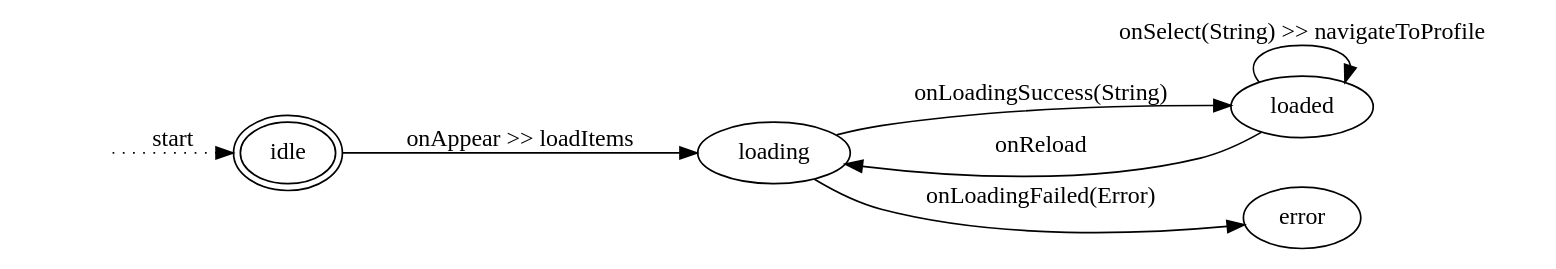
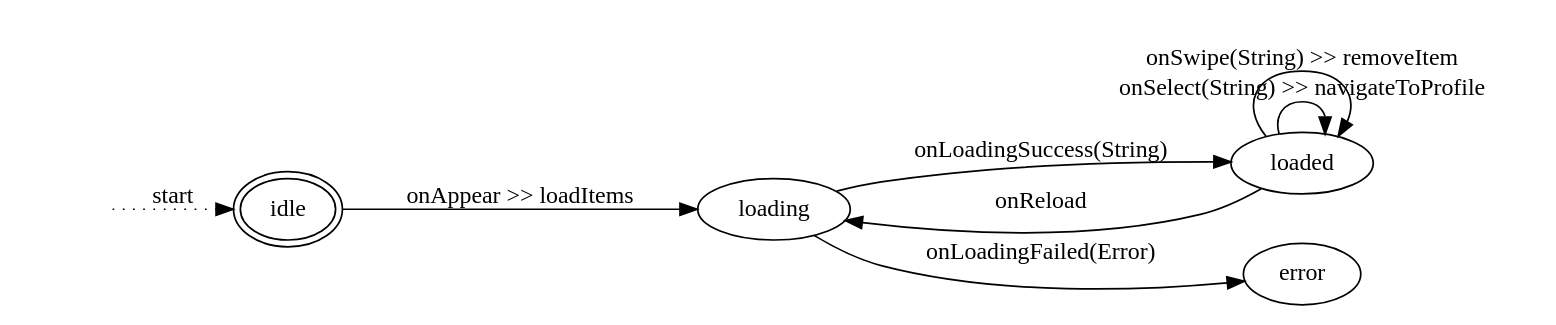
The diagram in App/Code/Project/Project/Classes/Scenes/Registration/Main/Main.gv (SentoCrespo/BaseSwiftUICombine), drawn with Graphviz before and after one commit. The commit also changed 75 other files, not shown here.

```diff
--- a/App/Code/Project/Project/Classes/Scenes/Registration/Main/Main.gv
+++ b/App/Code/Project/Project/Classes/Scenes/Registration/Main/Main.gv
@@ -1,21 +1,22 @@
 // https://dreampuf.github.io/GraphvizOnline/
 
 digraph {
     graph [rankdir=LR]
 
     // States
     0 [label="", shape=plaintext]
     1 [label="idle", peripheries=2]
     2 [label="loading"]
     3 [label="loaded"]
     4 [label="error"]
     
     // Transitions
     0 -> 1 [label="start"] [style=dotted]
     1 -> 2 [label="onAppear >> loadItems"]
     2 -> 4 [label="onLoadingFailed(Error)"]
     2 -> 3 [label="onLoadingSuccess(String)"]
     3 -> 2 [label="onReload"]
     3 -> 3 [label="onSelect(String) >> navigateToProfile"]
+    3 -> 3 [label="onSwipe(String) >> removeItem"]
     
 }
```
